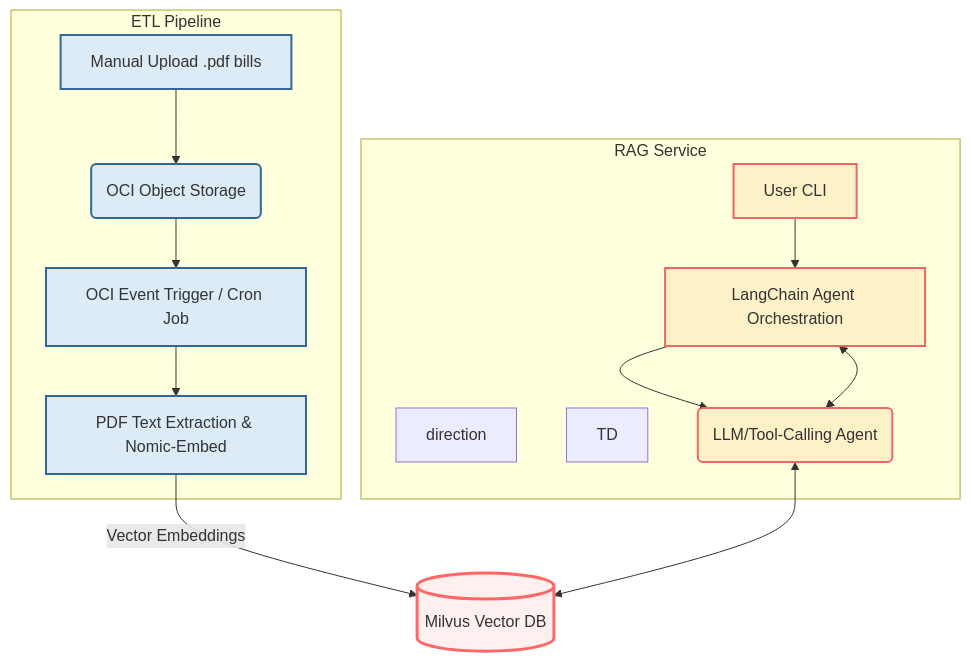
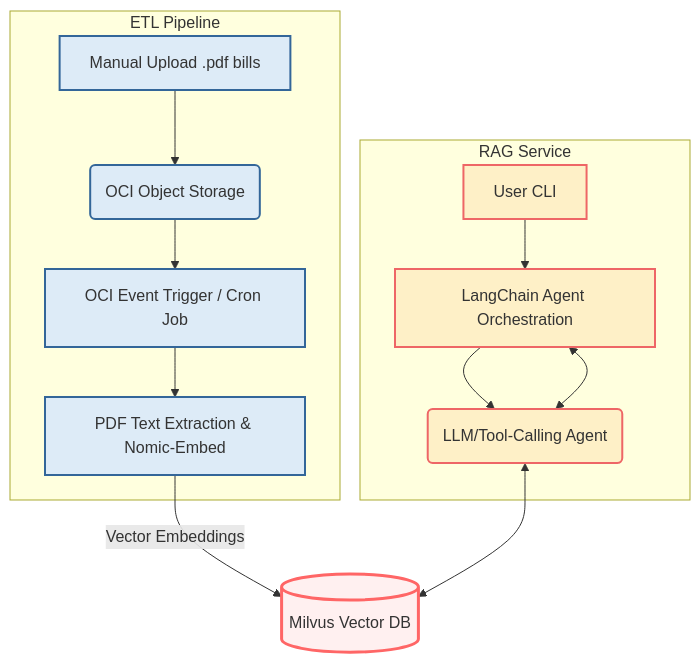
The diagram in README.md (Alvan-Dmello/Intelligent-Utility-Bill-RAG), drawn with Mermaid before and after one commit.

````diff
--- a/README.md
+++ b/README.md
@@ -29,42 +29,41 @@
 ```mermaid
 
 graph TB;
 
 classDef etl fill:#DDEBF7,stroke:#369,stroke-width:2px;
 classDef rag fill:#FEF0C7,stroke:#E66,stroke-width:2px;
 classDef db fill:#FFF0F0,stroke:#F66,stroke-width:3px;
 classDef interface fill:#E6FFED,stroke:#0A0;
 
 %% Define the external Milvus Vector DB first
 E[(Milvus Vector DB)]:::db;
 
 %% 1. Define ETL Pipeline (to appear on the LEFT)
 subgraph ETL Pipeline
 A[Manual Upload .pdf bills]:::interface
 B(OCI Object Storage)
 C[OCI Event Trigger / Cron Job]
 D[PDF Text Extraction & Nomic-Embed]
 
 A --> B --> C --> D;
 class A,B,C,D etl
 end
 
 %% 2. Define RAG Service (to appear on the RIGHT)
 subgraph RAG Service
-direction ; TD; 
 F[User CLI]:::interface
 I[LangChain Agent Orchestration]
 H(LLM/Tool-Calling Agent)
 
 F --> I;
 I --> H;
 H <--> I; 
 class F,I,H rag
 end
 
 
 D -- Vector Embeddings --> E;
 
 H <--> E;
 
 ```
````
